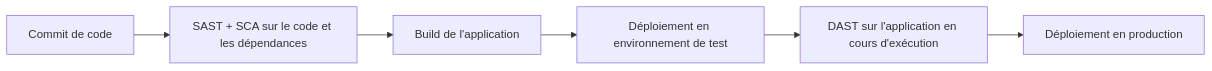
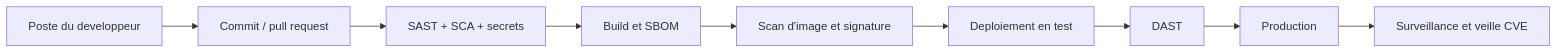
The diagram in content/courses/securite-applications-api/08-devsecops-integrer-securite-pipeline-cicd.md (AureDulvresse/nyx), drawn with Mermaid before and after one commit. The commit also changed other lines of this file and 167 other files, not shown here.

````diff
--- a/content/courses/securite-applications-api/08-devsecops-integrer-securite-pipeline-cicd.md
+++ b/content/courses/securite-applications-api/08-devsecops-integrer-securite-pipeline-cicd.md
@@ -35,8 +36,11 @@
 ```mermaid
-graph LR
-    A[Commit de code] --> B[SAST + SCA sur le code et les dépendances]
-    B --> C[Build de l'application]
-    C --> D[Déploiement en environnement de test]
-    D --> E[DAST sur l'application en cours d'exécution]
-    E --> F[Déploiement en production]
+flowchart LR
+    A["Poste du developpeur"] --> B["Commit / pull request"]
+    B --> C["SAST + SCA + secrets"]
+    C --> D["Build et SBOM"]
+    D --> E["Scan d'image et signature"]
+    E --> F["Deploiement en test"]
+    F --> G["DAST"]
+    G --> H["Production"]
+    H --> I["Surveillance et veille CVE"]
 ```
````
